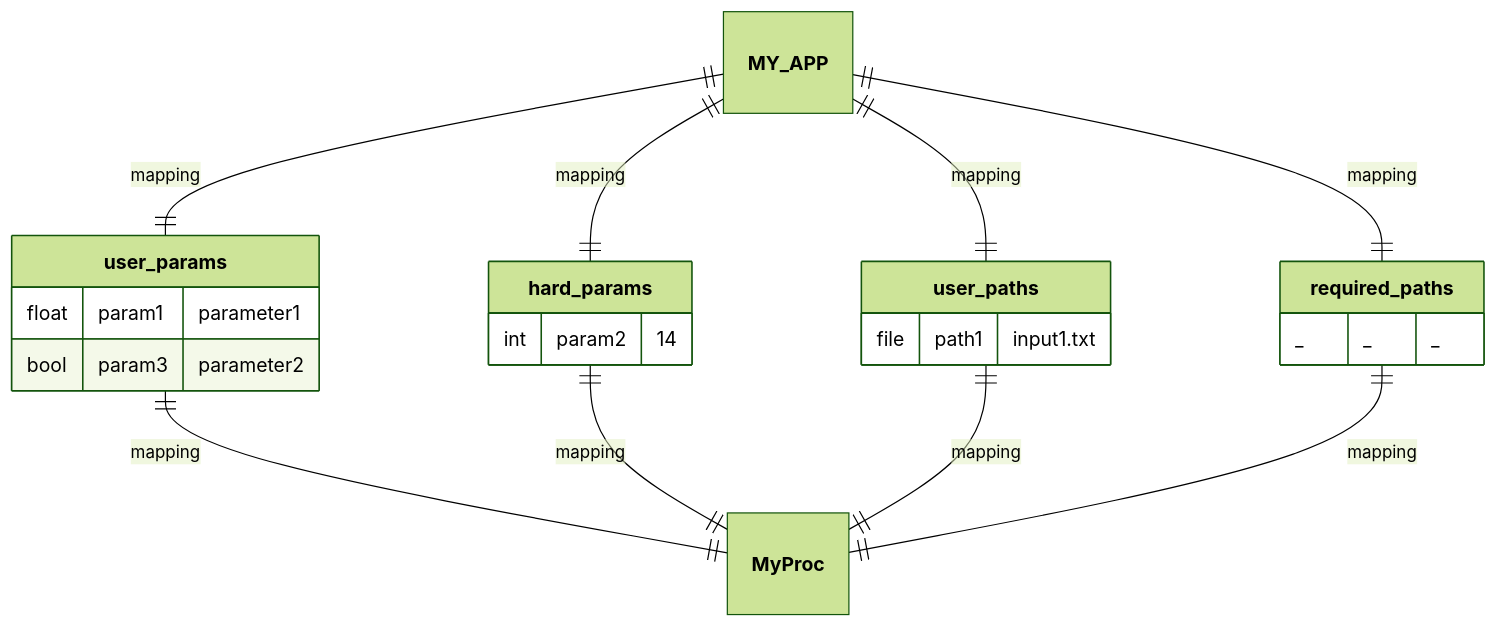
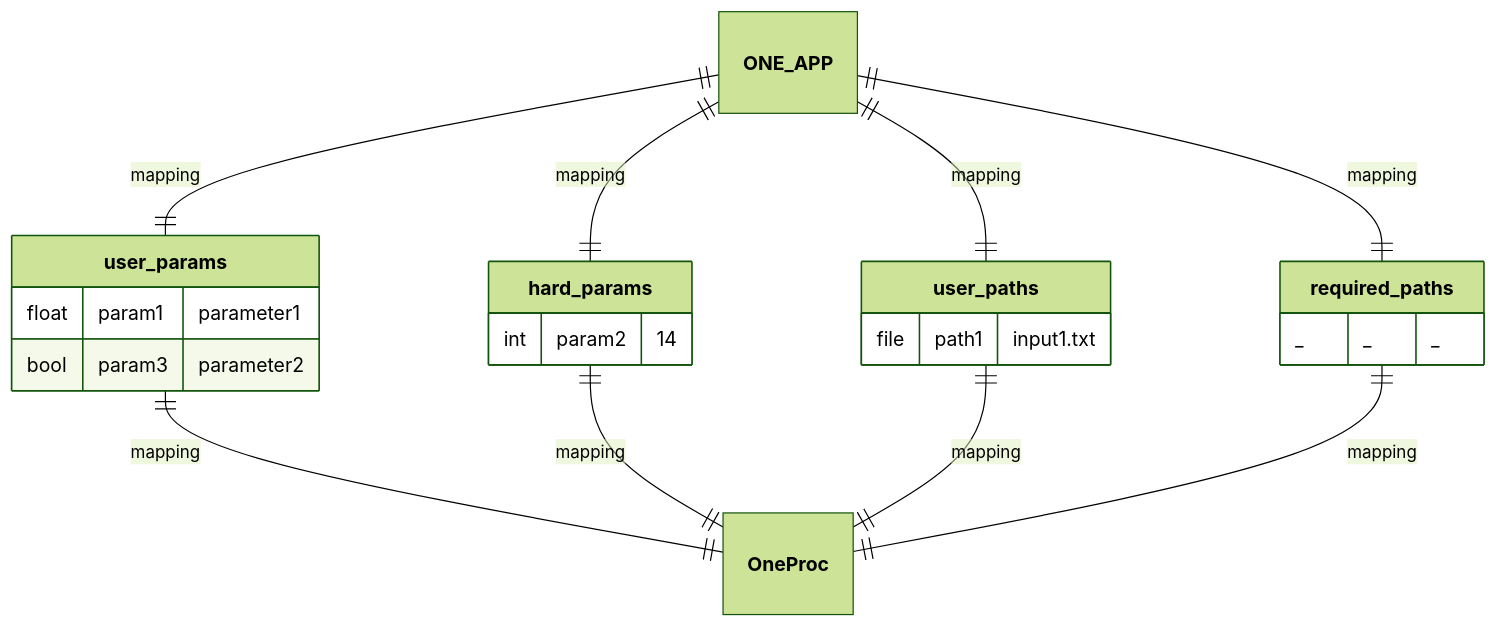
One commit to nuremics/nuremics changed the ninth of 17 diagrams in README.md. Above: the diagram before and after it, drawn with Mermaid (forest theme). The commit also changed other lines of this file, not shown here.

````diff
--- a/README.md
+++ b/README.md
@@ -254,25 +254,25 @@
 ```mermaid
 erDiagram
-  **MY_APP** ||--|| **user_params** : mapping
-  **MY_APP** ||--|| **hard_params** : mapping
-  **MY_APP** ||--|| **user_paths** : mapping
-  **MY_APP** ||--|| **required_paths** : mapping
-  **user_params** ||--|| **MyProc** : mapping
-  **hard_params** ||--|| **MyProc** : mapping
-  **user_paths** ||--|| **MyProc** : mapping
-  **required_paths** ||--|| **MyProc** : mapping
+  **ONE_APP** ||--|| **user_params** : mapping
+  **ONE_APP** ||--|| **hard_params** : mapping
+  **ONE_APP** ||--|| **user_paths** : mapping
+  **ONE_APP** ||--|| **required_paths** : mapping
+  **user_params** ||--|| **OneProc** : mapping
+  **hard_params** ||--|| **OneProc** : mapping
+  **user_paths** ||--|| **OneProc** : mapping
+  **required_paths** ||--|| **OneProc** : mapping
 
   **user_params** {
     float param1 "parameter1"
     bool param3 "parameter2"
   }
   **hard_params** {
     int param2 "14"
   }
   **user_paths** {
     file path1 "input1.txt"
   }
   **required_paths** {
     _ _ "_"
   }
 ```
````
